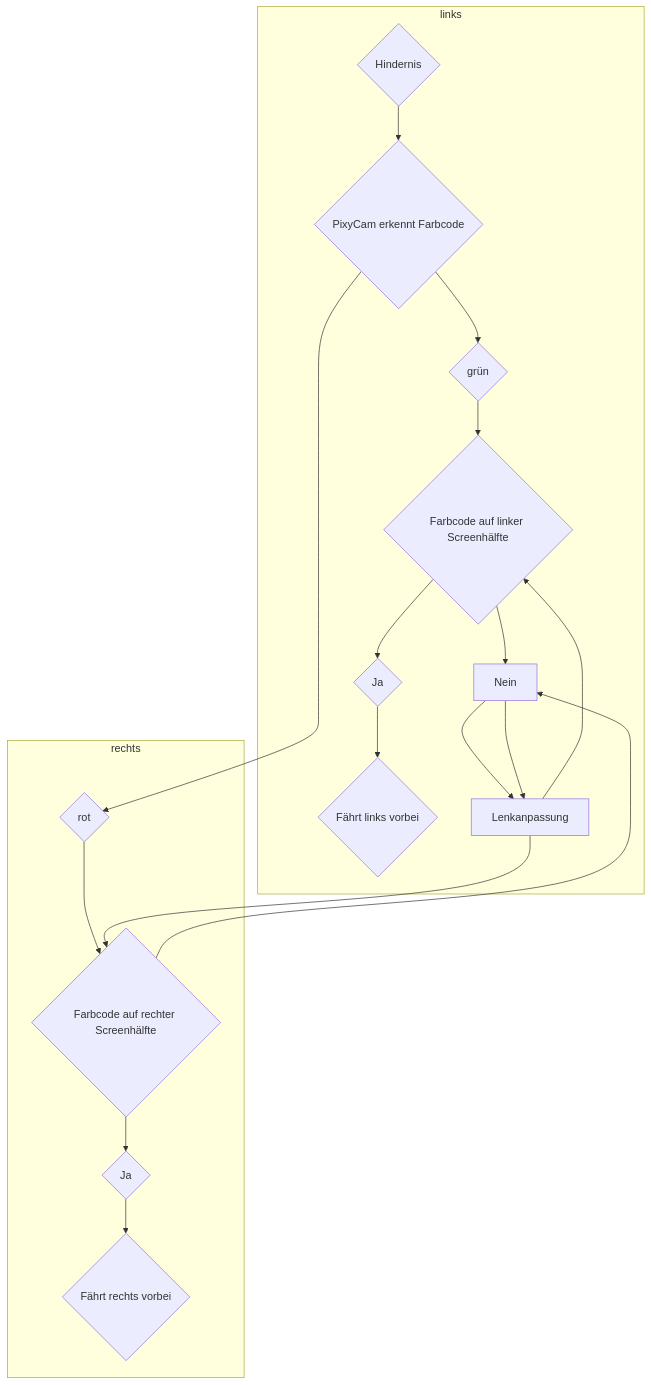
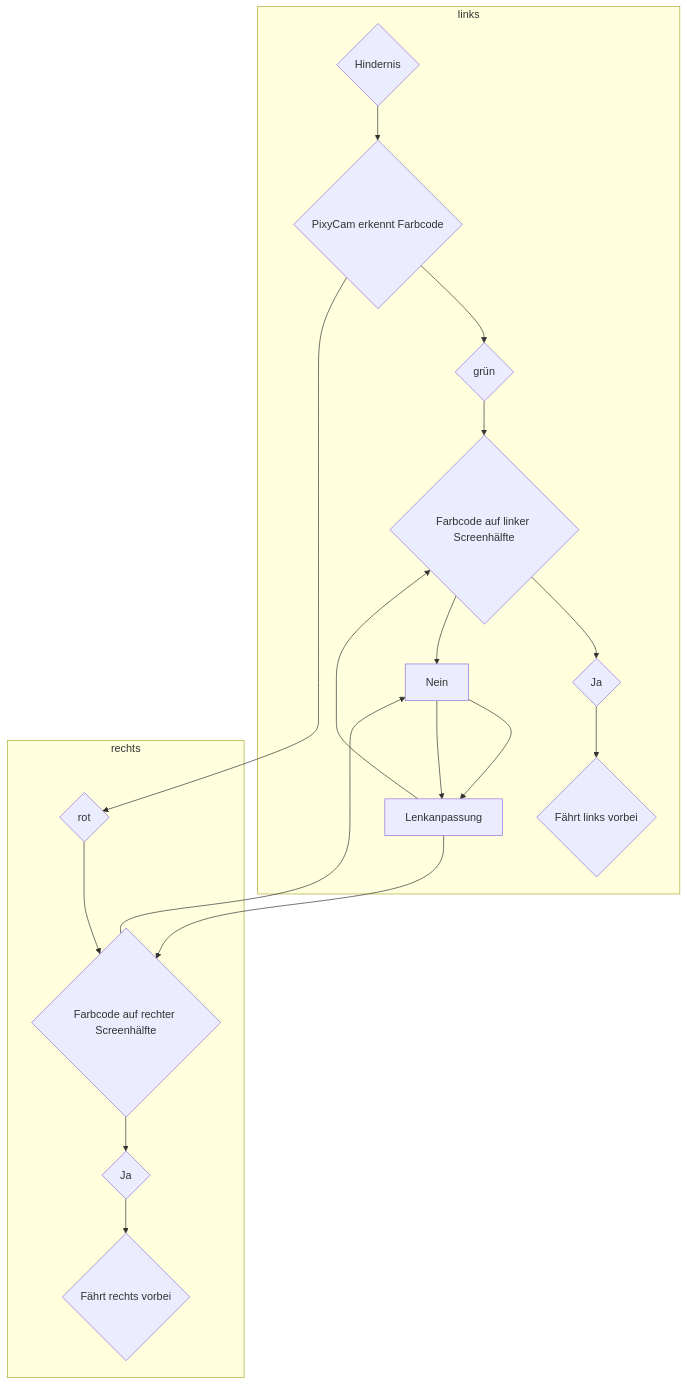
The diagram in Programme/Hindernisrennen/README.md (SchroedingersBit/PfortGTPanama), drawn with Mermaid before and after one commit. The commit also changed other lines of this file, not shown here.

````diff
--- a/Programme/Hindernisrennen/README.md
+++ b/Programme/Hindernisrennen/README.md
@@ -4,21 +4,21 @@
 ```mermaid
 graph TB;
 subgraph links
 A{Hindernis} -->B{PixyCam erkennt Farbcode};
 B-->E{grün}-->C1{Farbcode auf linker Screenhälfte};
 C1-->J1{Ja};
 C1 --> Nein;
-J1-->R{Fährt links vorbei};
 Nein --> Lenkanpassung;
 Lenkanpassung-->C1;
+J1-->R{Fährt links vorbei};
 end
 
 subgraph rechts
 B-->C{rot}-->C2{Farbcode auf rechter Screenhälfte};
 C2 --> Nein; 
 C2-->J2{Ja};
 Nein --> Lenkanpassung;
 Lenkanpassung -->C2;
 J2-->L{Fährt rechts vorbei};
 end
 ```
````
